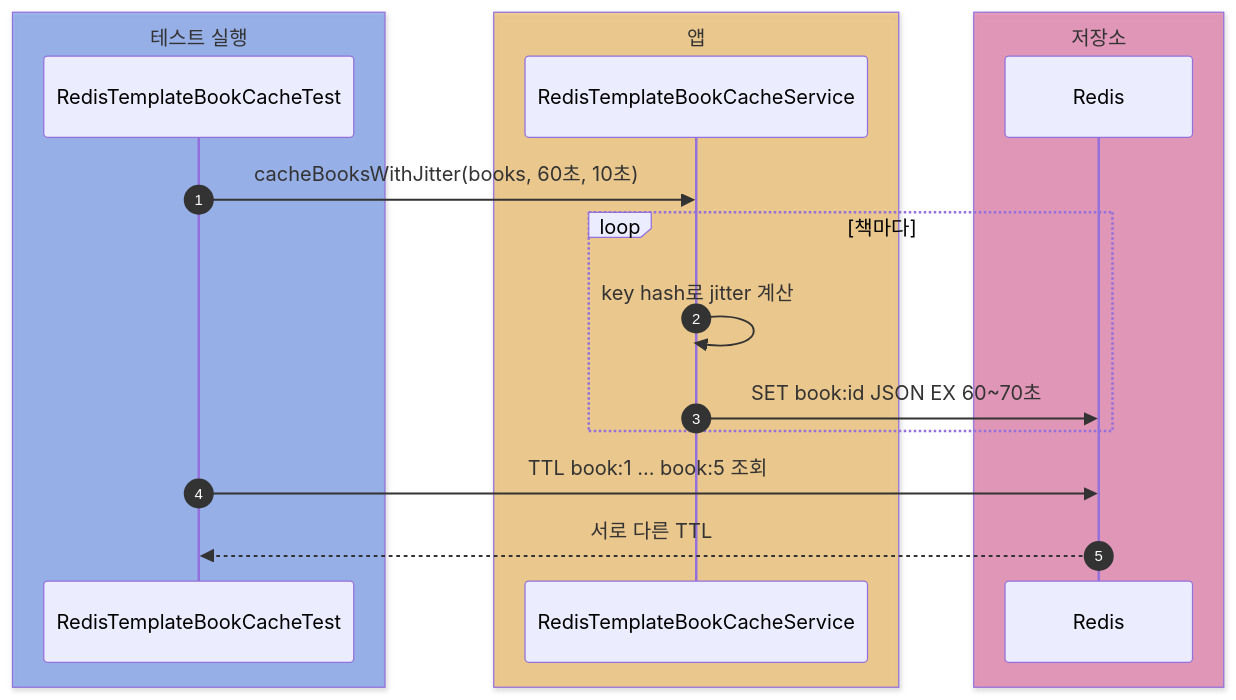
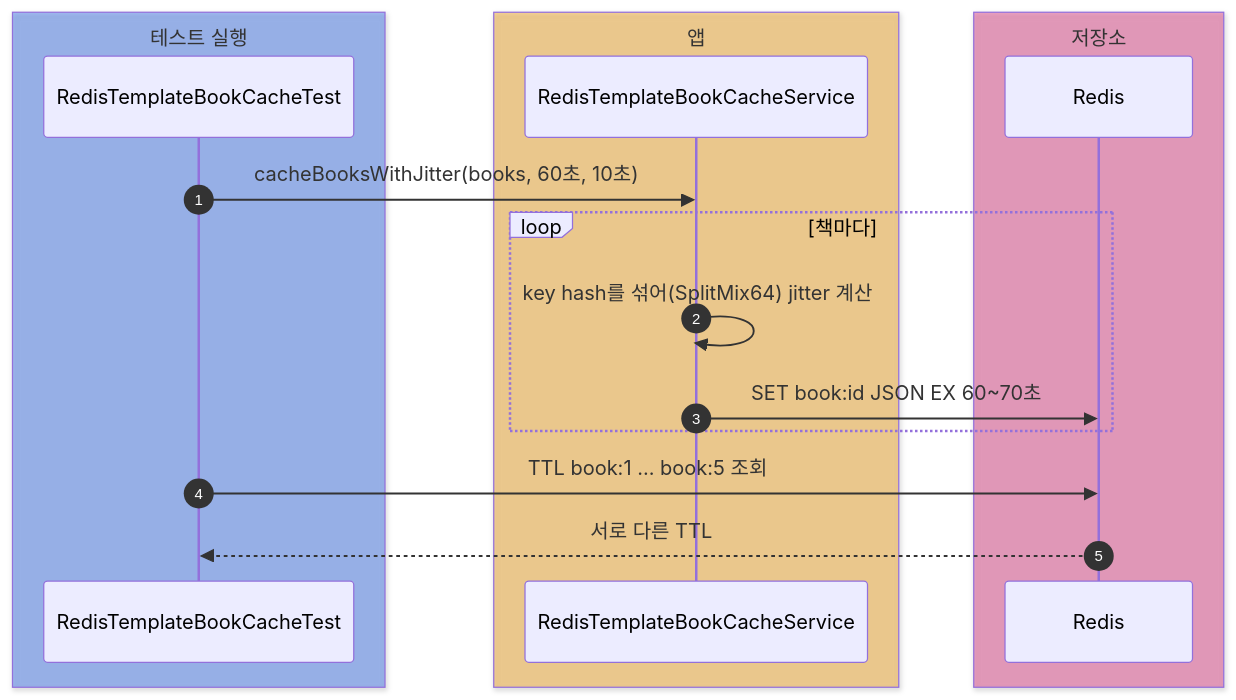
One commit to HJC96/deep-dive changed the eighth of 11 diagrams in labs/spring-cache-redis/README.md. Above: the diagram before and after it, drawn with Mermaid. The commit also changed other lines of this file and 3 other files, not shown here.

````diff
--- a/labs/spring-cache-redis/README.md
+++ b/labs/spring-cache-redis/README.md
@@ -407,24 +413,24 @@
 ```mermaid
 sequenceDiagram
     autonumber
 
     box rgba(37, 99, 235, 0.40) 테스트 실행
     participant Test as RedisTemplateBookCacheTest
     end
 
     box rgba(245, 158, 11, 0.40) 앱
     participant Service as RedisTemplateBookCacheService
     end
 
     box rgba(219, 39, 119, 0.40) 저장소
     participant Redis as Redis
     end
 
     Test->>Service: cacheBooksWithJitter(books, 60초, 10초)
     loop 책마다
-        Service->>Service: key hash로 jitter 계산
+        Service->>Service: key hash를 섞어(SplitMix64) jitter 계산
         Service->>Redis: SET book:id JSON EX 60~70초
     end
     Test->>Redis: TTL book:1 ... book:5 조회
     Redis-->>Test: 서로 다른 TTL
 ```
````
